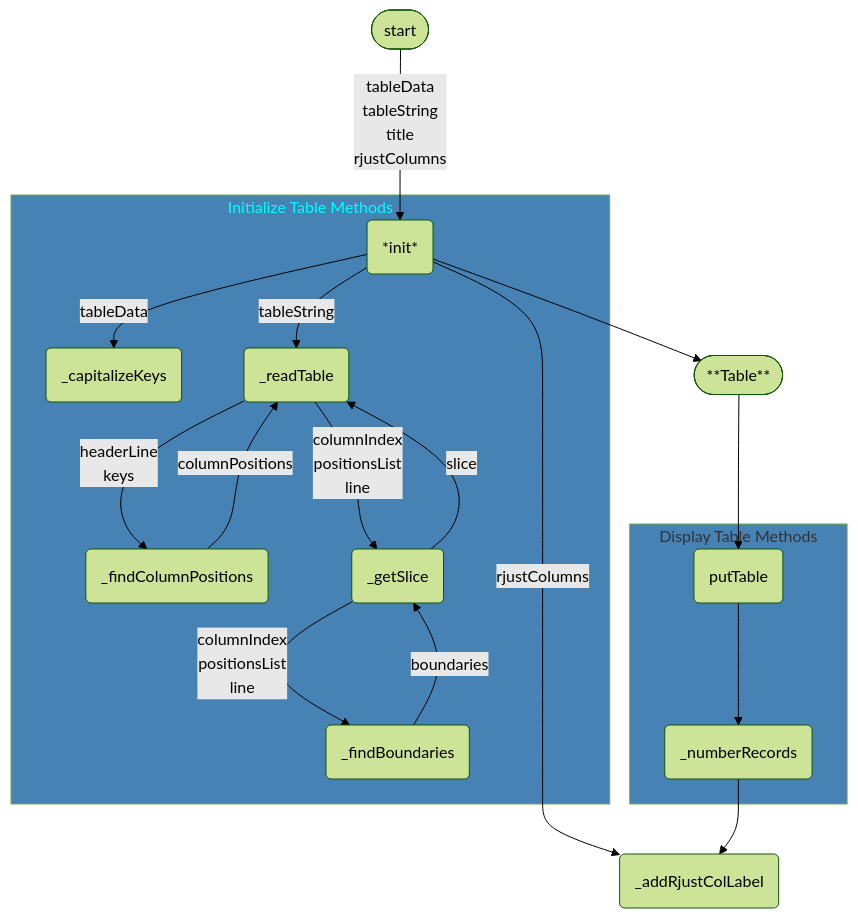
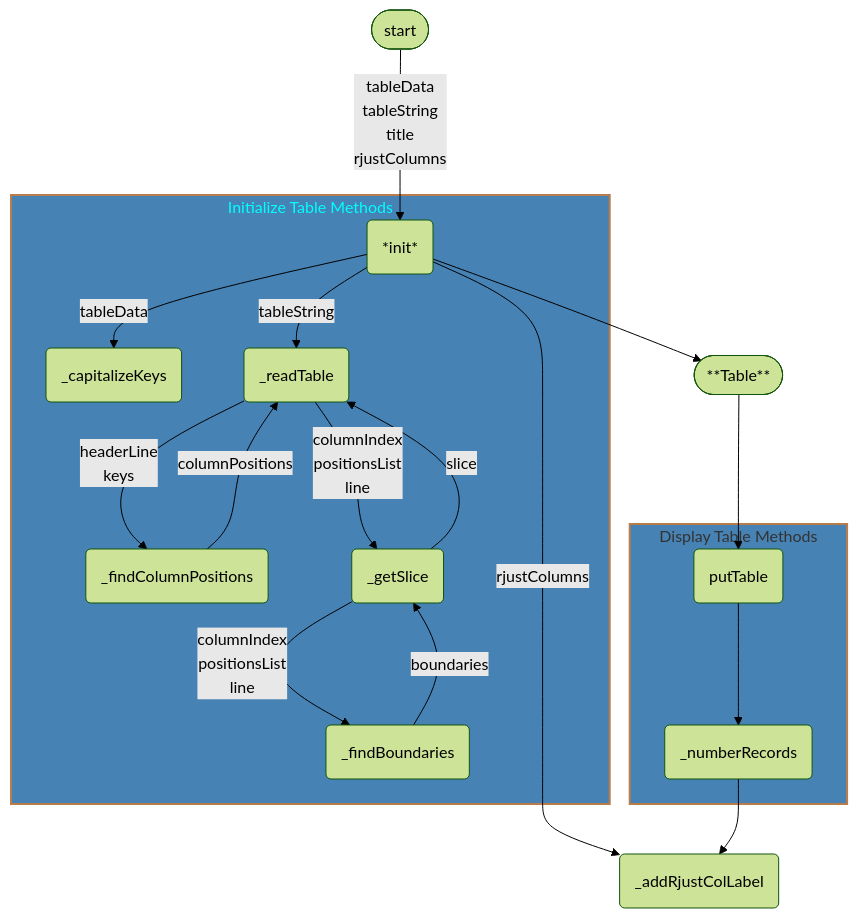
The first of 20 diagrams in scripts/table/design.md (7s4e/p3), drawn with Mermaid (forest theme) before and after one commit. The commit also changed other lines of this file, not shown here.

````diff
--- a/scripts/table/design.md
+++ b/scripts/table/design.md
@@ -16,42 +16,42 @@
 ```mermaid
 graph
     STRT([start])
         STRT -- tableData
                 tableString
                 title
                 rjustColumns --> INIT
     subgraph i [Initialize Table Methods]
-        style i fill:#4682b4,color:#0ff
+        style i fill:#4682b4,stroke:#b97d4b,stroke-width:2px,color:#0ff
         INIT(*init*)
             INIT -- tableData   --> CAPK
             INIT -- tableString --> READ
         CAPK(_capitalizeKeys)
         READ(_readTable)
             READ -- headerLine
                     keys            --> FNDC
             FNDC -- columnPositions --> READ
             READ -- columnIndex
                     positionsList
                     line            --> GETS
             GETS -- slice           --> READ
         FNDC(_findColumnPositions)
         GETS(_getSlice)
             GETS -- columnIndex
                     positionsList
                     line          --> FNDB
             FNDB -- boundaries    --> GETS
         FNDB(_findBoundaries)
     end
     TABL([**Table**])
         INIT --> TABL
         TABL --> PTBL
     subgraph d [Display Table Methods]
-        style d fill:#4682b4
+        style d fill:#4682b4,stroke:#b97d4b,stroke-width:2px
         PTBL(putTable)
             PTBL --> NUMR
         NUMR(_numberRecords)
     end
     ARJC(_addRjustColLabel)
         INIT -- rjustColumns --> ARJC
         NUMR                 --> ARJC
 ```
````
